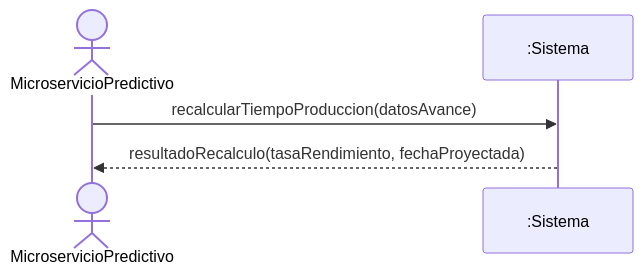
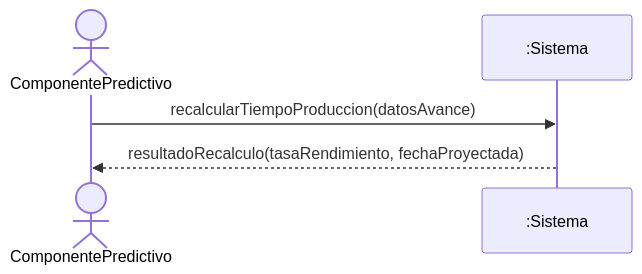
The second of 5 diagrams in docs/2-analisis/DSS/analisis-predictivo.md (LisandroVenini/SIGPAP), drawn with Mermaid before and after one commit. The commit also changed other lines of this file and 27 other files, not shown here.

````diff
--- a/docs/2-analisis/DSS/analisis-predictivo.md
+++ b/docs/2-analisis/DSS/analisis-predictivo.md
@@ -37,7 +37,7 @@
 ```mermaid
 sequenceDiagram
-    actor Microservicio as MicroservicioPredictivo
+    actor Componente as ComponentePredictivo
     participant Sistema as :Sistema
-    Microservicio->>Sistema: recalcularTiempoProduccion(datosAvance)
-    Sistema-->>Microservicio: resultadoRecalculo(tasaRendimiento, fechaProyectada)
+    Componente->>Sistema: recalcularTiempoProduccion(datosAvance)
+    Sistema-->>Componente: resultadoRecalculo(tasaRendimiento, fechaProyectada)
 ```
````
